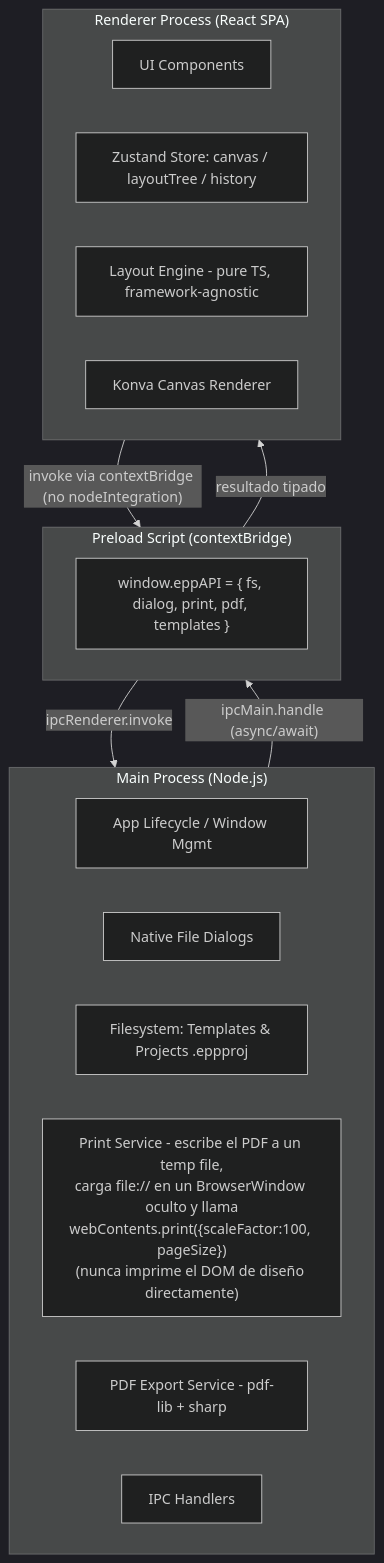
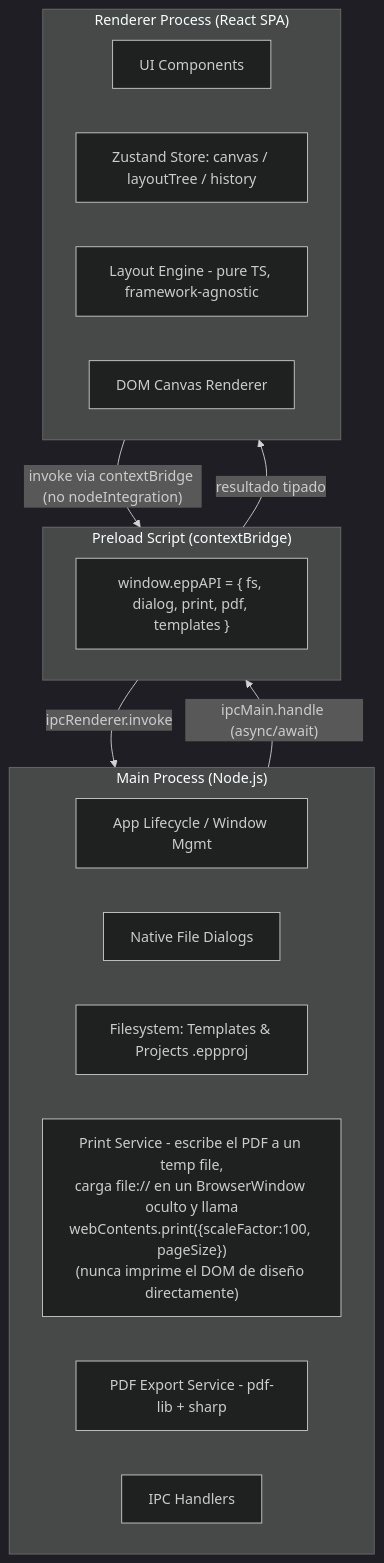
One commit to exe4que/EasyPhotoPrint changed the first of 7 diagrams in OPENSPEC.md. Above: the diagram before and after it, drawn with Mermaid (dark theme). The commit also changed other lines of this file and 9 other files, not shown here.

````diff
--- a/OPENSPEC.md
+++ b/OPENSPEC.md
@@ -76,27 +78,27 @@
 ```mermaid
 flowchart TB
     subgraph MAIN["Main Process (Node.js)"]
         M1[App Lifecycle / Window Mgmt]
         M2[Native File Dialogs]
         M3[Filesystem: Templates & Projects .eppproj]
         M4["Print Service - escribe el PDF a un temp file,\ncarga file:// en un BrowserWindow oculto y llama\nwebContents.print({scaleFactor:100, pageSize})\n(nunca imprime el DOM de diseño directamente)"]
         M5[PDF Export Service - pdf-lib + sharp]
         M6[IPC Handlers]
     end
 
     subgraph PRELOAD["Preload Script (contextBridge)"]
         P1["window.eppAPI = { fs, dialog, print, pdf, templates }"]
     end
 
     subgraph RENDERER["Renderer Process (React SPA)"]
         R1[UI Components]
         R2[Zustand Store: canvas / layoutTree / history]
         R3[Layout Engine - pure TS, framework-agnostic]
-        R4[Konva Canvas Renderer]
+        R4[DOM Canvas Renderer]
     end
 
     RENDERER -- "invoke via contextBridge (no nodeIntegration)" --> PRELOAD
     PRELOAD -- "ipcRenderer.invoke" --> MAIN
     MAIN -- "ipcMain.handle (async/await)" --> PRELOAD
     PRELOAD -- resultado tipado --> RENDERER
 ```
````
